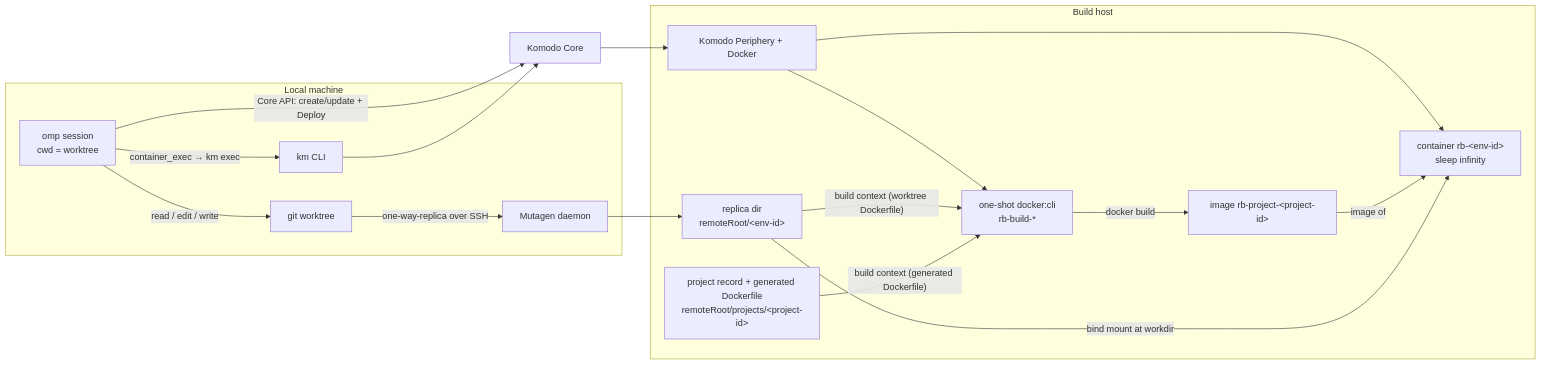
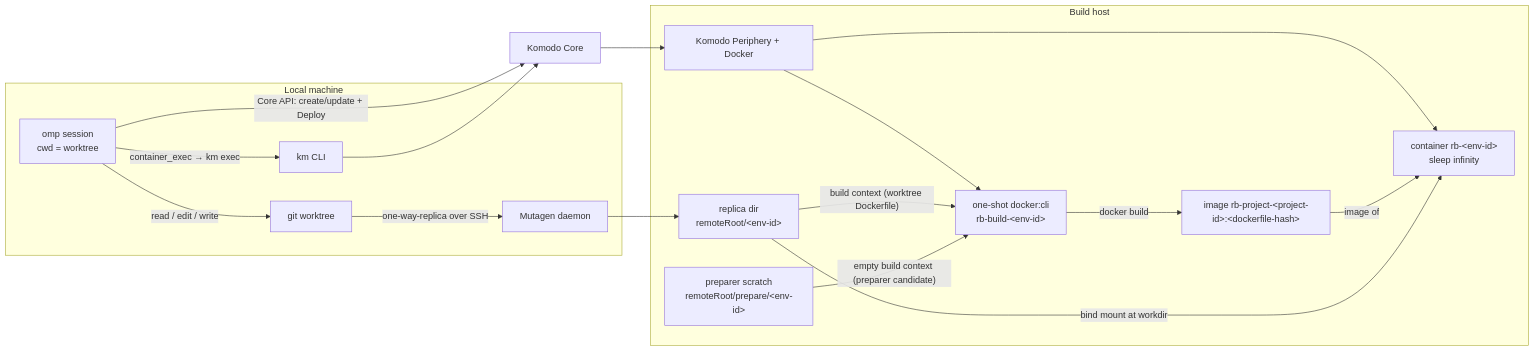
One commit to mouriya-s-lab/omp-remote-build changed the first of 2 diagrams in README.md. Above: the diagram before and after it, drawn with Mermaid. The commit also changed other lines of this file and 7 other files, not shown here.

````diff
--- a/README.md
+++ b/README.md
@@ -17,28 +17,28 @@
 ```mermaid
 flowchart LR
   subgraph local["Local machine"]
     A["omp session<br/>cwd = worktree"]
     W["git worktree"]
     M["Mutagen daemon"]
     K["km CLI"]
   end
   subgraph remote["Build host"]
     R["replica dir<br/>remoteRoot/&lt;env-id&gt;"]
-    PR["project record + generated Dockerfile<br/>remoteRoot/projects/&lt;project-id&gt;"]
+    S["preparer scratch<br/>remoteRoot/prepare/&lt;env-id&gt;"]
     P["Komodo Periphery + Docker"]
-    B["one-shot docker:cli<br/>rb-build-*"]
-    I["image rb-project-&lt;project-id&gt;"]
+    B["one-shot docker:cli<br/>rb-build-&lt;env-id&gt;"]
+    I["image rb-project-&lt;project-id&gt;:&lt;dockerfile-hash&gt;"]
     C["container rb-&lt;env-id&gt;<br/>sleep infinity"]
   end
   Core["Komodo Core"]
   A -->|"read / edit / write"| W
   W -->|"one-way-replica over SSH"| M --> R
   A -->|"Core API: create/update + Deploy"| Core --> P
   P --> B -->|"docker build"| I
   R -->|"build context (worktree Dockerfile)"| B
-  PR -->|"build context (generated Dockerfile)"| B
+  S -->|"empty build context (preparer candidate)"| B
   P --> C
   I -->|"image of"| C
   R -->|"bind mount at workdir"| C
   A -->|"container_exec → km exec"| K --> Core
 ```
````
